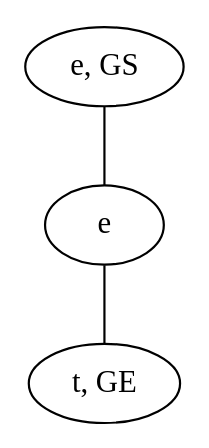
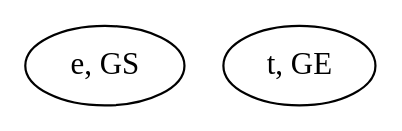
The diagram in data/VGLC/Zelda/rules/1/2_E-t.dot (schrum2/MM-NEAT), drawn with Graphviz before and after one commit. The commit also changed 59 other files, not shown here.

```diff
--- a/data/VGLC/Zelda/rules/1/2_E-t.dot
+++ b/data/VGLC/Zelda/rules/1/2_E-t.dot
@@ -1,7 +1,4 @@
 graph {
-xOmm [label="e, GS"]
-OGPP [label="t, GE"]
-bPNd [label="e"]
-xOmm -- bPNd
-bPNd -- OGPP
+LTno [label="e, GS"]
+cbSy [label="t, GE"]
 }
```
